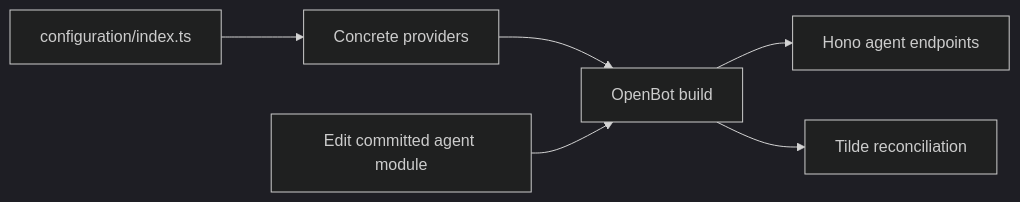
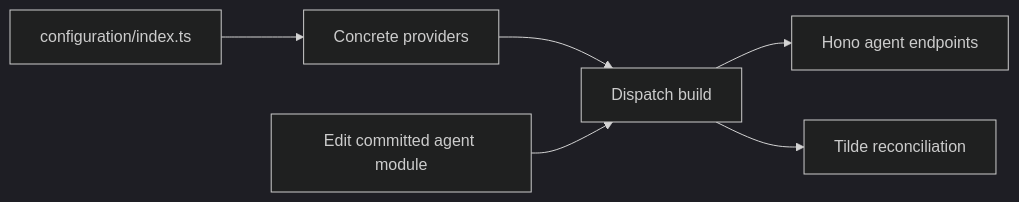
One commit to trytilde/dispatch changed the diagram in docs/adrs/0001-fork-owned-configuration.md. Above: the diagram before and after it, drawn with Mermaid (dark theme). The commit also changed other lines of this file and 668 other files, not shown here.

````diff
--- a/docs/adrs/0001-fork-owned-configuration.md
+++ b/docs/adrs/0001-fork-owned-configuration.md
@@ -28,8 +28,8 @@
 ```mermaid
 flowchart LR
   F["configuration/index.ts"] --> P["Concrete providers"]
-  P --> B["OpenBot build"]
+  P --> B["Dispatch build"]
   B --> H["Hono agent endpoints"]
   B --> R["Tilde reconciliation"]
   E["Edit committed agent module"] --> B
 ```
````
